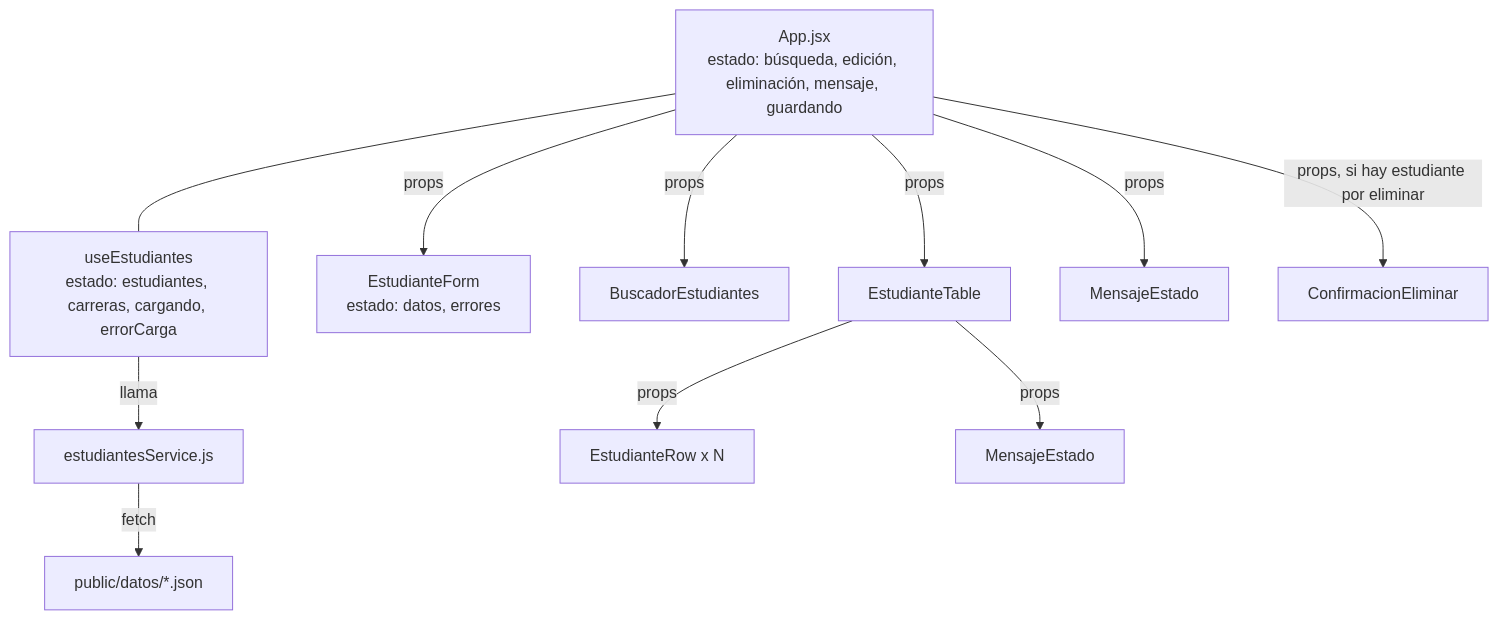
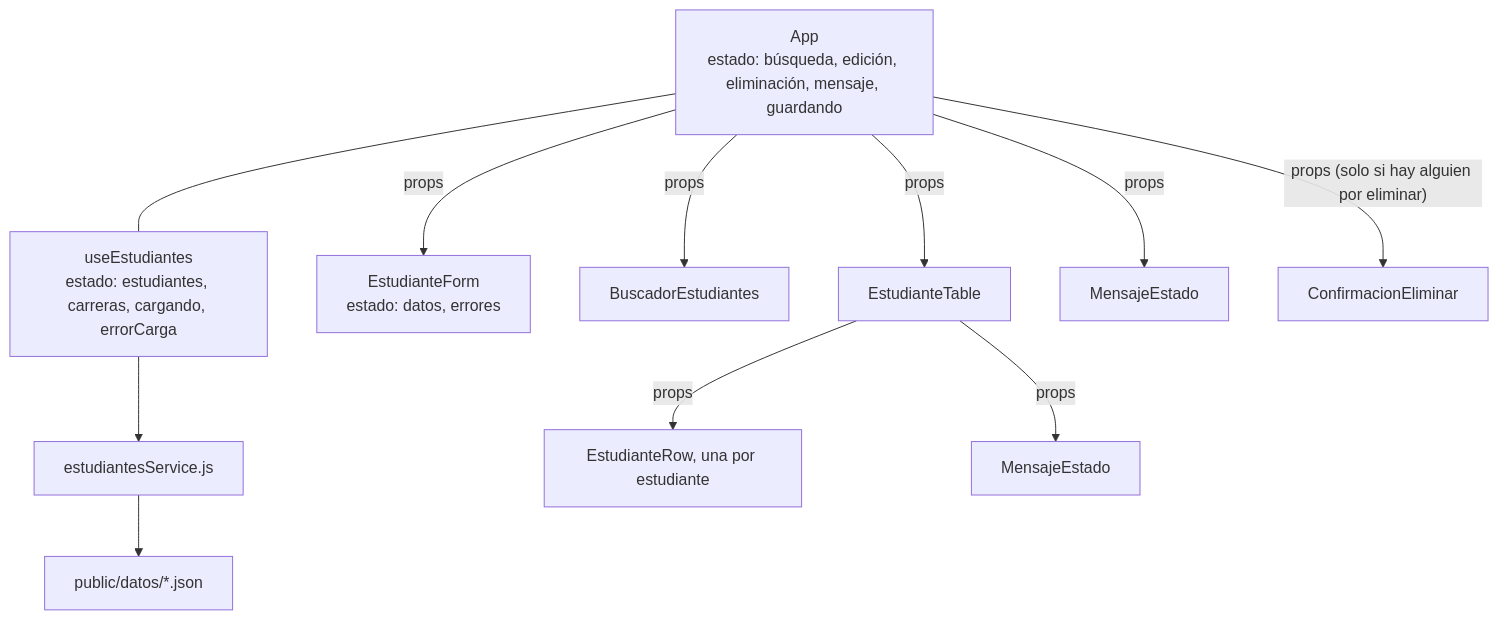
Before and after one commit to jperezgtdev/legacy-react-umg: the fifth of 13 diagrams in GUIA_PRESENTACION_COMPARATIVA.md, drawn with Mermaid. The commit also changed other lines of this file and 1 other file, not shown here.

````diff
--- a/GUIA_PRESENTACION_COMPARATIVA.md
+++ b/GUIA_PRESENTACION_COMPARATIVA.md
@@ -313,14 +500,14 @@
 ```mermaid
 flowchart TB
-  App["App.jsx<br/>estado: búsqueda, edición, eliminación, mensaje, guardando"]
+  App["App<br/>estado: búsqueda, edición, eliminación, mensaje, guardando"]
   Hook["useEstudiantes<br/>estado: estudiantes, carreras, cargando, errorCarga"]
   App --- Hook
-  Hook -->|llama| Svc[estudiantesService.js] -->|fetch| J[public/datos/*.json]
-  App -->|props| F[EstudianteForm<br/>estado: datos, errores]
+  Hook --> Svc[estudiantesService.js] --> J[public/datos/*.json]
+  App -->|props| F["EstudianteForm<br/>estado: datos, errores"]
   App -->|props| B[BuscadorEstudiantes]
   App -->|props| T[EstudianteTable]
-  T -->|props| R[EstudianteRow x N]
+  T -->|props| R[EstudianteRow, una por estudiante]
   T -->|props| ME1[MensajeEstado]
   App -->|props| ME2[MensajeEstado]
-  App -->|props, si hay estudiante por eliminar| C[ConfirmacionEliminar]
+  App -->|"props (solo si hay alguien por eliminar)"| C[ConfirmacionEliminar]
 ```
````
